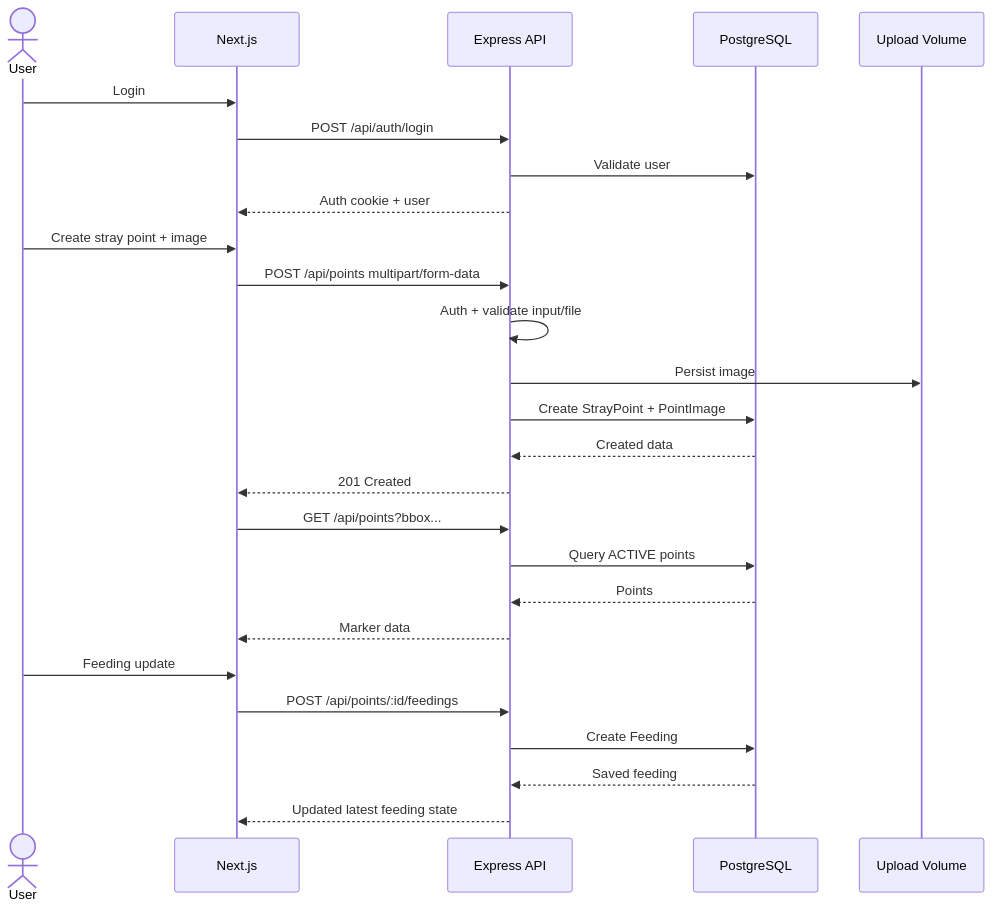
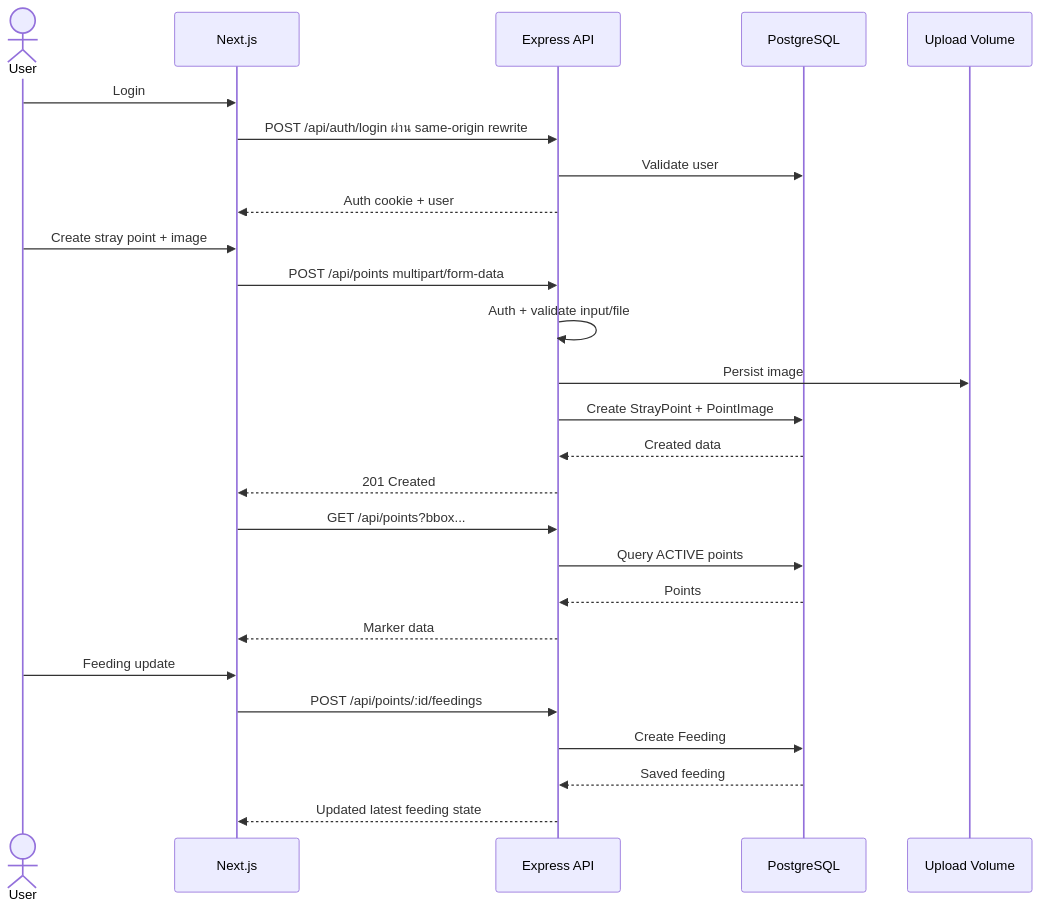
The second of 2 diagrams in docs/architecture/system-design.md (67070119/PawFeed), drawn with Mermaid before and after one commit. The commit also changed other lines of this file and 19 other files, not shown here.

````diff
--- a/docs/architecture/system-design.md
+++ b/docs/architecture/system-design.md
@@ -159,32 +159,32 @@
 ```mermaid
 sequenceDiagram
     actor User
     participant FE as Next.js
     participant API as Express API
     participant DB as PostgreSQL
     participant FS as Upload Volume
 
     User->>FE: Login
-    FE->>API: POST /api/auth/login
+    FE->>API: POST /api/auth/login ผ่าน same-origin rewrite
     API->>DB: Validate user
     API-->>FE: Auth cookie + user
 
     User->>FE: Create stray point + image
     FE->>API: POST /api/points multipart/form-data
     API->>API: Auth + validate input/file
     API->>FS: Persist image
     API->>DB: Create StrayPoint + PointImage
     DB-->>API: Created data
     API-->>FE: 201 Created
 
     FE->>API: GET /api/points?bbox...
     API->>DB: Query ACTIVE points
     DB-->>API: Points
     API-->>FE: Marker data
 
     User->>FE: Feeding update
     FE->>API: POST /api/points/:id/feedings
     API->>DB: Create Feeding
     DB-->>API: Saved feeding
     API-->>FE: Updated latest feeding state
 ```
````
